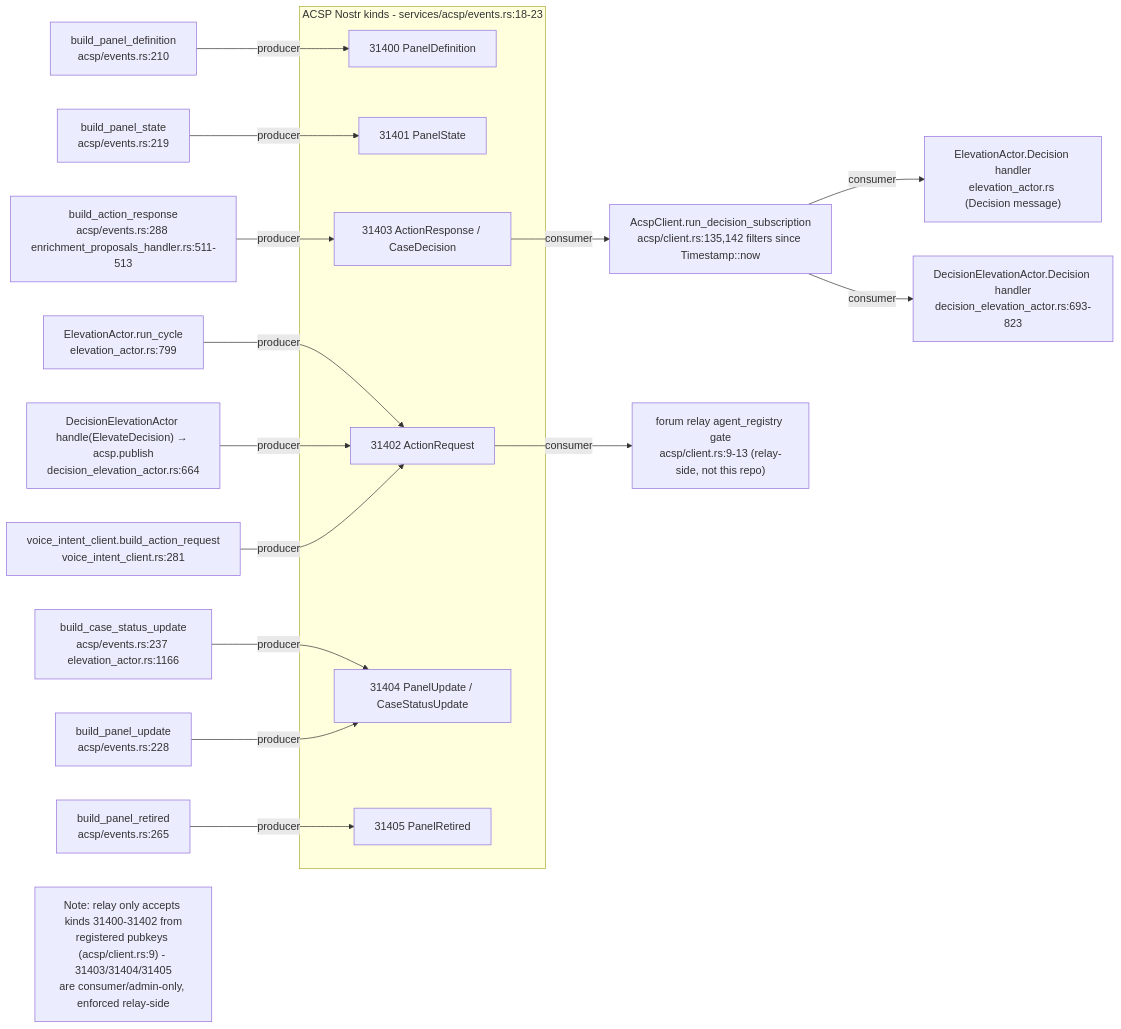
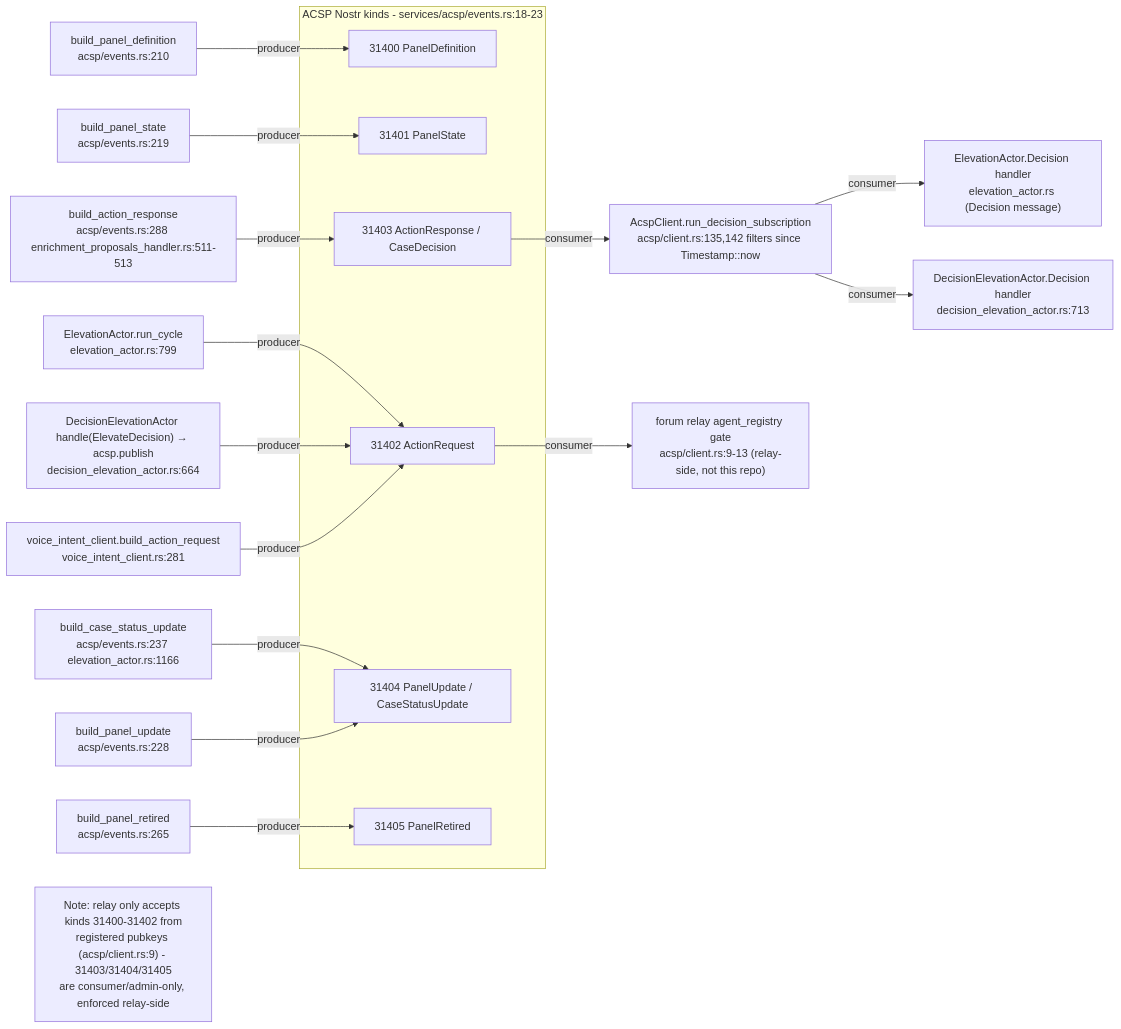
One commit to DreamLab-AI/VisionFlow changed the ninth of 11 diagrams in docs/diagrams/visionclaw/24-acsp-decision-elevation.md. Above: the diagram before and after it, drawn with Mermaid. The commit also changed other lines of this file and 51 other files, not shown here.

First line of the commit message:
docs(diagrams): agentbox AB-01..13 re-attested anchor by anchor (980 anchors, 22 defects); checkpoint against an out-of-mesh writer

````diff
--- a/docs/diagrams/visionclaw/24-acsp-decision-elevation.md
+++ b/docs/diagrams/visionclaw/24-acsp-decision-elevation.md
@@ -335,25 +335,25 @@
 ```mermaid
 flowchart LR
     subgraph kinds["ACSP Nostr kinds - services/acsp/events.rs:18-23"]
         K31400["31400 PanelDefinition"]
         K31401["31401 PanelState"]
         K31402["31402 ActionRequest"]
         K31403["31403 ActionResponse / CaseDecision"]
         K31404["31404 PanelUpdate / CaseStatusUpdate"]
         K31405["31405 PanelRetired"]
     end
     B31400["build_panel_definition<br/>acsp/events.rs:210"] -->|producer| K31400
     B31401["build_panel_state<br/>acsp/events.rs:219"] -->|producer| K31401
     B31402A["ElevationActor.run_cycle<br/>elevation_actor.rs:799"] -->|producer| K31402
     B31402B["DecisionElevationActor handle(ElevateDecision) → acsp.publish<br/>decision_elevation_actor.rs:664"] -->|producer| K31402
     B31402C["voice_intent_client.build_action_request<br/>voice_intent_client.rs:281"] -->|producer| K31402
     B31403A["build_action_response<br/>acsp/events.rs:288 enrichment_proposals_handler.rs:511-513"] -->|producer| K31403
     B31404A["build_case_status_update<br/>acsp/events.rs:237 elevation_actor.rs:1166"] -->|producer| K31404
     B31404B["build_panel_update<br/>acsp/events.rs:228"] -->|producer| K31404
     B31405["build_panel_retired<br/>acsp/events.rs:265"] -->|producer| K31405
     K31403 -->|consumer| C31403A["AcspClient.run_decision_subscription<br/>acsp/client.rs:135,142 filters since Timestamp::now"]
     C31403A -->|consumer| C31403B["ElevationActor.Decision handler<br/>elevation_actor.rs (Decision message)"]
-    C31403A -->|consumer| C31403C["DecisionElevationActor.Decision handler<br/>decision_elevation_actor.rs:693-823"]
+    C31403A -->|consumer| C31403C["DecisionElevationActor.Decision handler<br/>decision_elevation_actor.rs:713"]
     K31402 -->|consumer| C31402["forum relay agent_registry gate<br/>acsp/client.rs:9-13 (relay-side, not this repo)"]
     Note1["Note: relay only accepts kinds 31400-31402 from<br/>registered pubkeys (acsp/client.rs:9) - 31403/31404/31405<br/>are consumer/admin-only, enforced relay-side"]
 ```
````
